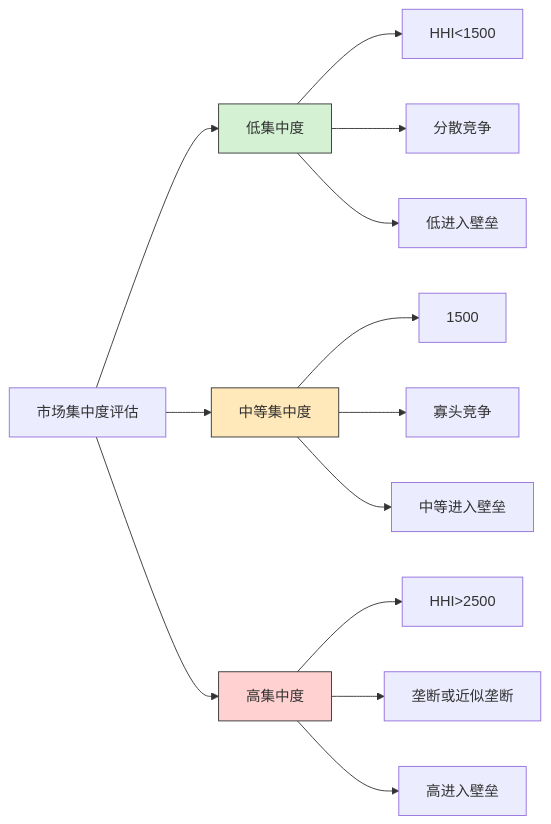
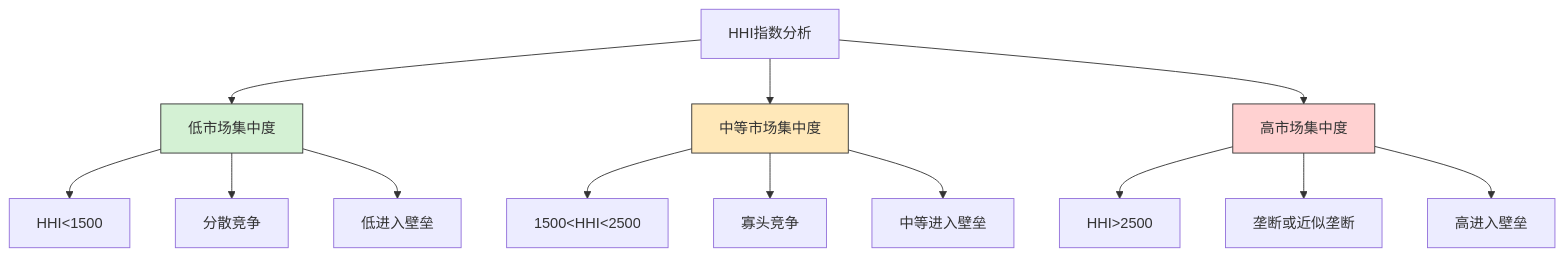
The second of 3 diagrams in src/site/notes/知识共享/002_商业分析/01_学习内容/04_市场与竞争分析/4.7 市场份额分析.md (amcoimg/my-digital-garden), drawn with Mermaid before and after one commit.

Commit message:
Published multiple files

````diff
--- a/src/site/notes/知识共享/002_商业分析/01_学习内容/04_市场与竞争分析/4.7 市场份额分析.md
+++ b/src/site/notes/知识共享/002_商业分析/01_学习内容/04_市场与竞争分析/4.7 市场份额分析.md
@@ -110,22 +110,22 @@
 ```mermaid
-graph LR
-    A[市场集中度评估] --> B[低集中度]
-    A --> C[中等集中度]
-    A --> D[高集中度]
-    
-    B --> B1[HHI<1500]
+graph TD
+    A[HHI指数分析] --> B[低市场集中度]
+    A --> C[中等市场集中度]
+    A --> D[高市场集中度]
+
+    B --> B1[HHI&lt;1500]
     B --> B2[分散竞争]
     B --> B3[低进入壁垒]
-    
-    C --> C1[1500<HHI<2500]
+
+    C --> C1[1500&lt;HHI&lt;2500]
     C --> C2[寡头竞争]
     C --> C3[中等进入壁垒]
-    
-    D --> D1[HHI>2500]
+
+    D --> D1[HHI&gt;2500]
     D --> D2[垄断或近似垄断]
     D --> D3[高进入壁垒]
-    
+
     style B fill:#d4f1d4,stroke:#333,stroke-width:1px
     style C fill:#ffe8b9,stroke:#333,stroke-width:1px
     style D fill:#ffd1d1,stroke:#333,stroke-width:1px
-```
+``` 
````
